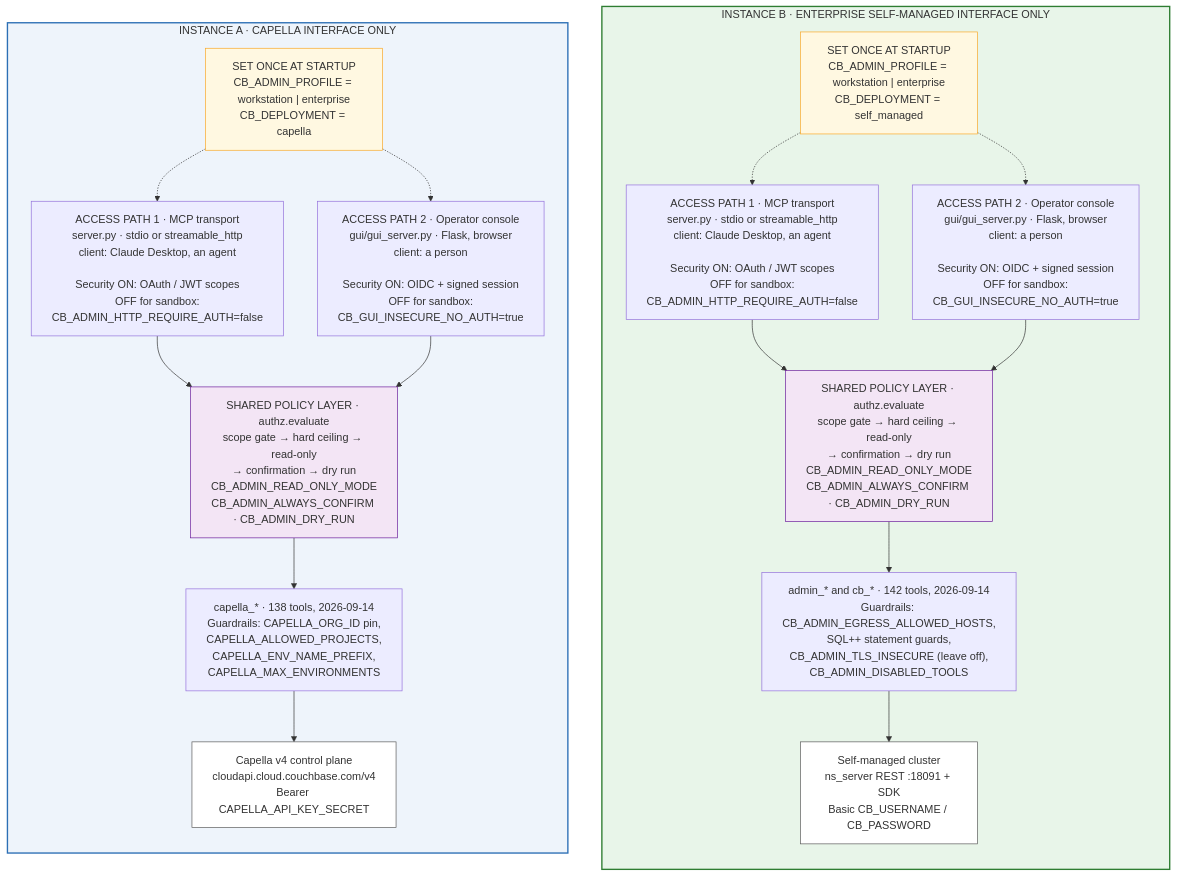
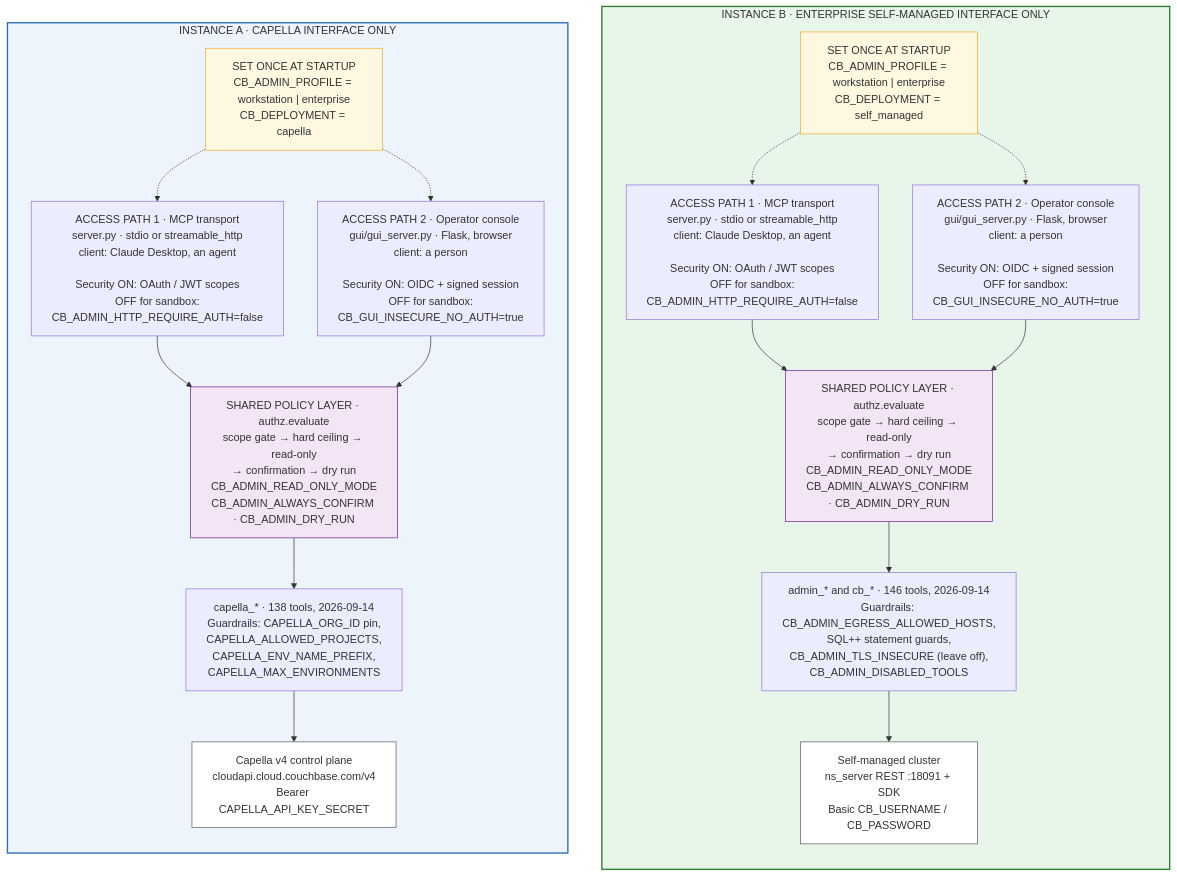
The diagram in docs/diagrams-src/08_matrix.mmd (Couchbase-Ecosystem/couchbase_admin_mcp_server), drawn with Mermaid before and after one commit. The commit also changed 36 other files, not shown here.

```diff
--- a/docs/diagrams-src/08_matrix.mmd
+++ b/docs/diagrams-src/08_matrix.mmd
@@ -1,41 +1,41 @@
 flowchart LR
   subgraph A["INSTANCE A   ·   CAPELLA INTERFACE ONLY"]
     direction TB
     AC["SET ONCE AT STARTUP<br/>CB_ADMIN_PROFILE = workstation | enterprise<br/>CB_DEPLOYMENT = capella"]
     A1["ACCESS PATH 1 · MCP transport<br/>server.py · stdio or streamable_http<br/>client: Claude Desktop, an agent<br/><br/>Security ON: OAuth / JWT scopes<br/>OFF for sandbox:<br/>CB_ADMIN_HTTP_REQUIRE_AUTH=false"]
     A2["ACCESS PATH 2 · Operator console<br/>gui/gui_server.py · Flask, browser<br/>client: a person<br/><br/>Security ON: OIDC + signed session<br/>OFF for sandbox:<br/>CB_GUI_INSECURE_NO_AUTH=true"]
     AG["SHARED POLICY LAYER · authz.evaluate<br/>scope gate → hard ceiling → read-only<br/>→ confirmation → dry run<br/>CB_ADMIN_READ_ONLY_MODE<br/>CB_ADMIN_ALWAYS_CONFIRM · CB_ADMIN_DRY_RUN"]
     AT["capella_* · 138 tools, 2026-09-14<br/>Guardrails: CAPELLA_ORG_ID pin,<br/>CAPELLA_ALLOWED_PROJECTS,<br/>CAPELLA_ENV_NAME_PREFIX,<br/>CAPELLA_MAX_ENVIRONMENTS"]
     AE["Capella v4 control plane<br/>cloudapi.cloud.couchbase.com/v4<br/>Bearer CAPELLA_API_KEY_SECRET"]
     AC -.-> A1
     AC -.-> A2
     A1 --> AG
     A2 --> AG
     AG --> AT --> AE
   end
 
   subgraph B["INSTANCE B   ·   ENTERPRISE SELF-MANAGED INTERFACE ONLY"]
     direction TB
     BC["SET ONCE AT STARTUP<br/>CB_ADMIN_PROFILE = workstation | enterprise<br/>CB_DEPLOYMENT = self_managed"]
     B1["ACCESS PATH 1 · MCP transport<br/>server.py · stdio or streamable_http<br/>client: Claude Desktop, an agent<br/><br/>Security ON: OAuth / JWT scopes<br/>OFF for sandbox:<br/>CB_ADMIN_HTTP_REQUIRE_AUTH=false"]
     B2["ACCESS PATH 2 · Operator console<br/>gui/gui_server.py · Flask, browser<br/>client: a person<br/><br/>Security ON: OIDC + signed session<br/>OFF for sandbox:<br/>CB_GUI_INSECURE_NO_AUTH=true"]
     BG["SHARED POLICY LAYER · authz.evaluate<br/>scope gate → hard ceiling → read-only<br/>→ confirmation → dry run<br/>CB_ADMIN_READ_ONLY_MODE<br/>CB_ADMIN_ALWAYS_CONFIRM · CB_ADMIN_DRY_RUN"]
-    BT["admin_* and cb_* · 142 tools, 2026-09-14<br/>Guardrails: CB_ADMIN_EGRESS_ALLOWED_HOSTS,<br/>SQL++ statement guards,<br/>CB_ADMIN_TLS_INSECURE (leave off),<br/>CB_ADMIN_DISABLED_TOOLS"]
+    BT["admin_* and cb_* · 146 tools, 2026-09-14<br/>Guardrails: CB_ADMIN_EGRESS_ALLOWED_HOSTS,<br/>SQL++ statement guards,<br/>CB_ADMIN_TLS_INSECURE (leave off),<br/>CB_ADMIN_DISABLED_TOOLS"]
     BE["Self-managed cluster<br/>ns_server REST :18091 + SDK<br/>Basic CB_USERNAME / CB_PASSWORD"]
     BC -.-> B1
     BC -.-> B2
     B1 --> BG
     B2 --> BG
     BG --> BT --> BE
   end
 
   A ~~~ B
 
   style A fill:#eef4fb,stroke:#2c6fb5,stroke-width:2px
   style B fill:#e8f5e9,stroke:#2e7d32,stroke-width:2px
   style AC fill:#fff8e1,stroke:#f9a825
   style BC fill:#fff8e1,stroke:#f9a825
   style AG fill:#f3e5f5,stroke:#6a1b9a
   style BG fill:#f3e5f5,stroke:#6a1b9a
   style AE fill:#ffffff,stroke:#5a5a5a
   style BE fill:#ffffff,stroke:#5a5a5a
```
